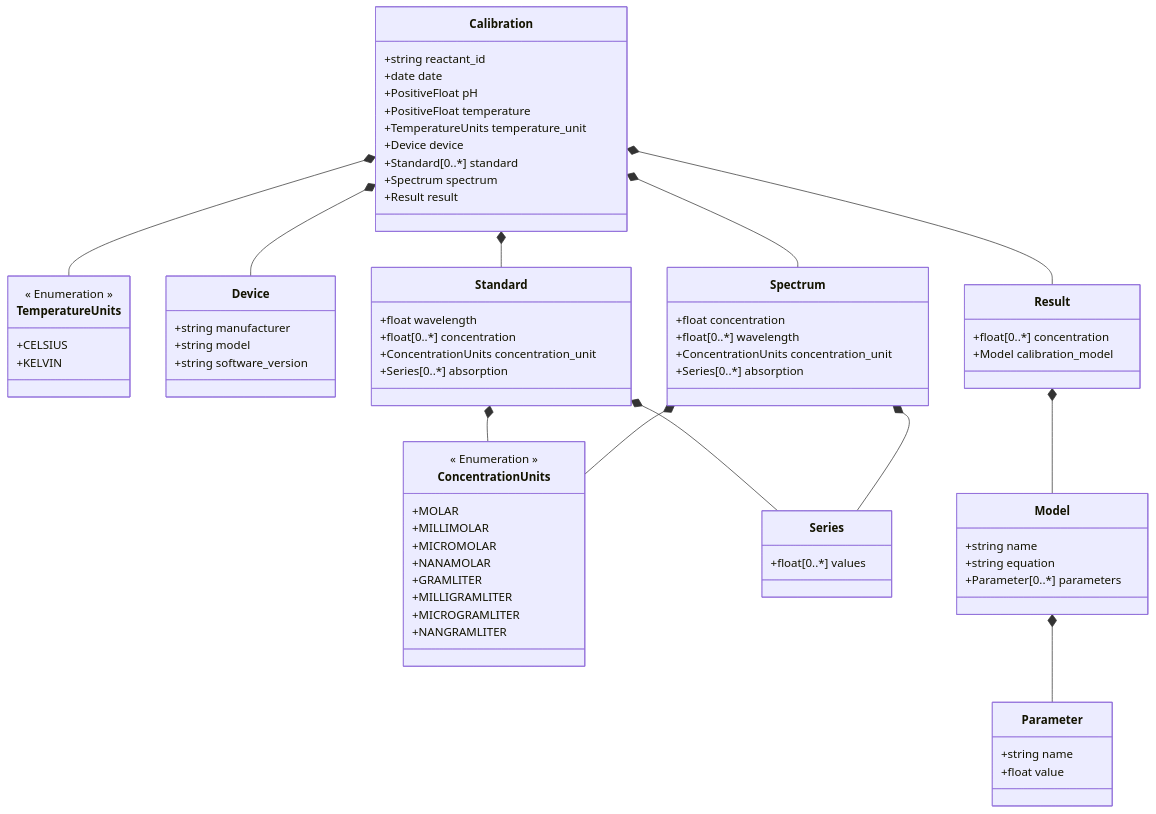
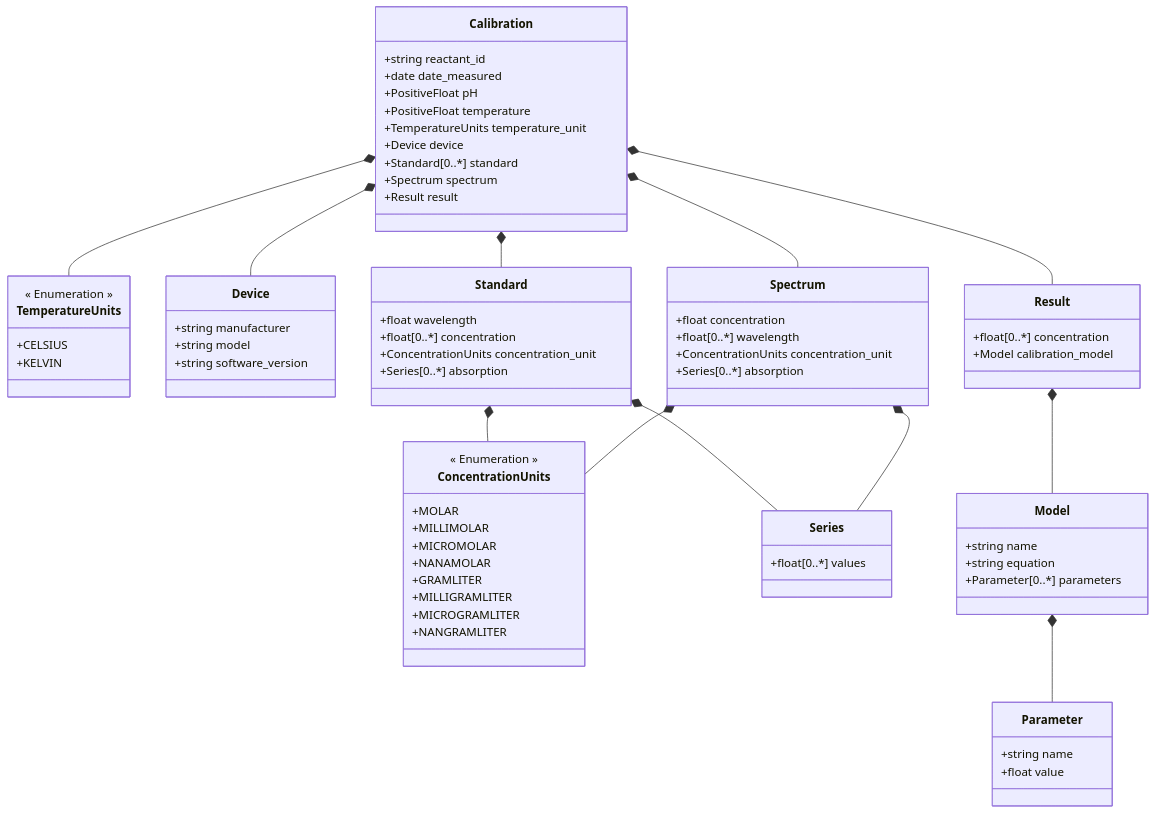
Before and after one commit to FAIRChemistry/datamodel_calibration: the diagram in CaliPytion/schemes/calipytion_schema.md, drawn with Mermaid. The commit also changed 9 other files, not shown here.

```diff
--- a/CaliPytion/schemes/calipytion_schema.md
+++ b/CaliPytion/schemes/calipytion_schema.md
@@ -14,7 +14,7 @@
     
     class Calibration {
         +string reactant_id
-        +date date
+        +date date_measured
         +PositiveFloat pH
         +PositiveFloat temperature
         +TemperatureUnits temperature_unit
```
